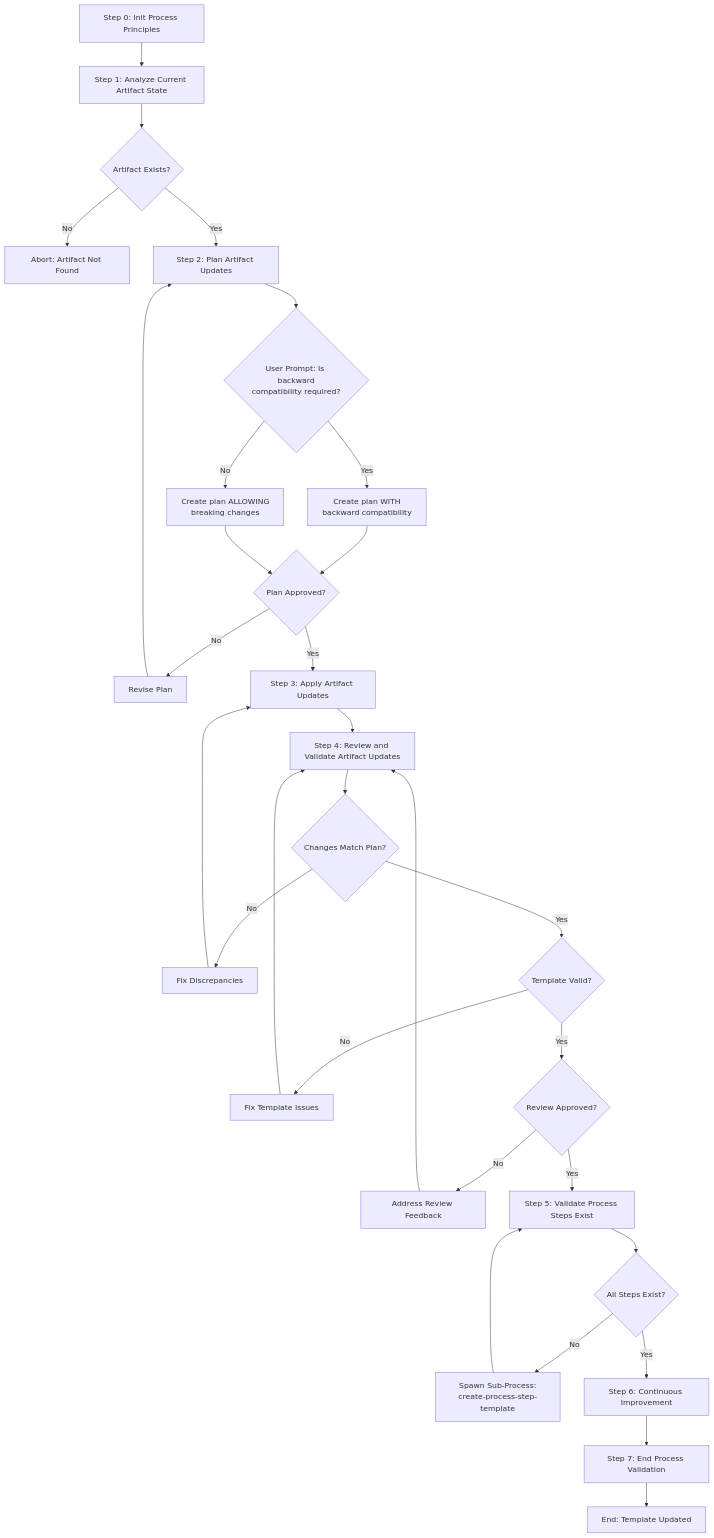
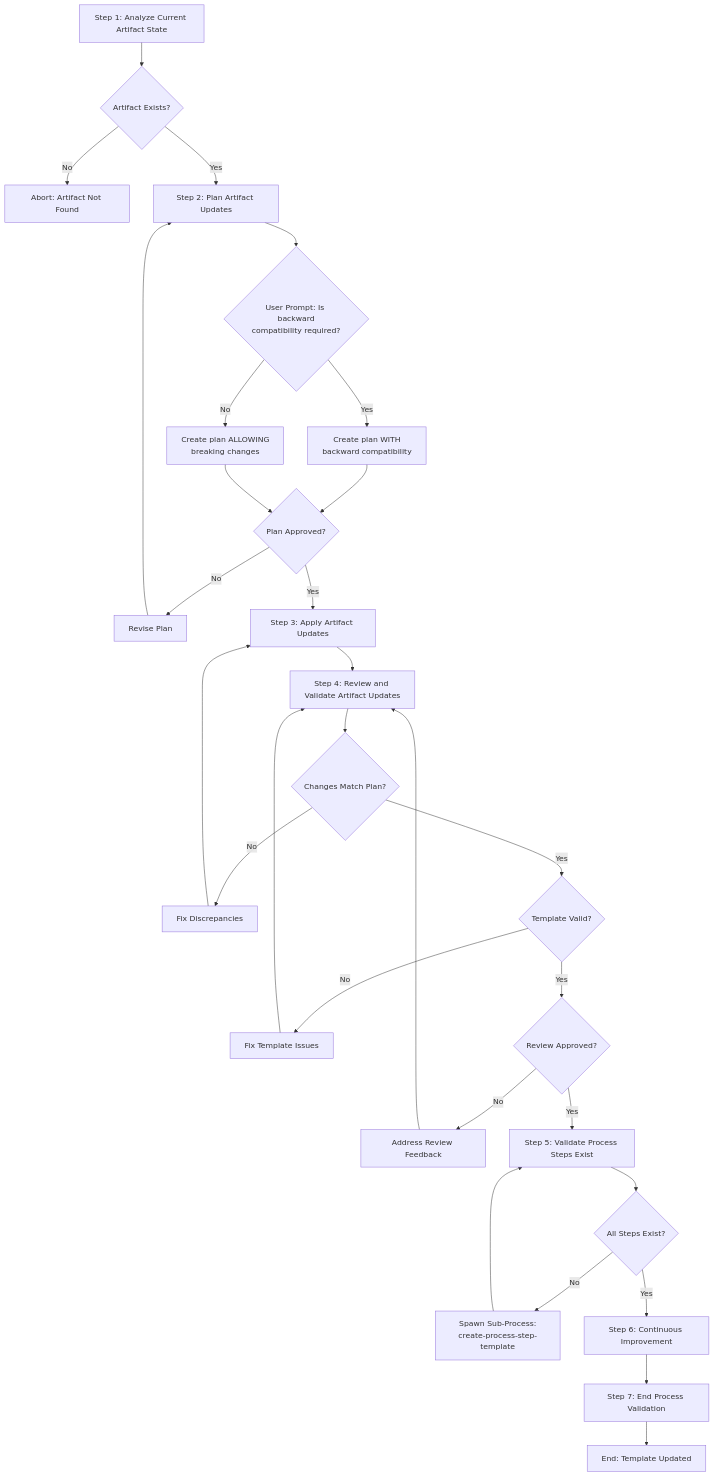
Before and after one commit to HMTools/agentic-processes-templates: the diagram in templates/processes/infrastructure/update-process-template/update-process-template.md, drawn with Mermaid. The commit also changed other lines of this file and 64 other files, not shown here.

First line of the commit message:
refactor: Remove explicit process and step principle initialization

````diff
--- a/templates/processes/infrastructure/update-process-template/update-process-template.md
+++ b/templates/processes/infrastructure/update-process-template/update-process-template.md
@@ -42,32 +42,31 @@
 ```mermaid
 flowchart TD
-    A[Step 0: Init Process Principles] --> B[Step 1: Analyze Current Artifact State]
-    B --> C{Artifact Exists?}
+    A[Step 1: Analyze Current Artifact State] --> C{Artifact Exists?}
     C -->|No| D[Abort: Artifact Not Found]
     C -->|Yes| E[Step 2: Plan Artifact Updates]
     E --> F{User Prompt: Is backward<br/>compatibility required?}
     F -->|Yes| G[Create plan WITH<br/>backward compatibility]
     F -->|No| H[Create plan ALLOWING<br/>breaking changes]
     G --> I{Plan Approved?}
     H --> I
     I -->|No| J[Revise Plan]
     J --> E
     I -->|Yes| K[Step 3: Apply Artifact Updates]
     K --> L[Step 4: Review and Validate Artifact Updates]
     L --> M{Changes Match Plan?}
     M -->|No| N[Fix Discrepancies]
     N --> K
     M -->|Yes| O{Template Valid?}
     O -->|No| P[Fix Template Issues]
     P --> L
     O -->|Yes| Q{Review Approved?}
     Q -->|No| R[Address Review Feedback]
     R --> L
     Q -->|Yes| S[Step 5: Validate Process Steps Exist]
     S --> T{All Steps Exist?}
     T -->|No| U[Spawn Sub-Process:<br/>create-process-step-template]
     U --> S
     T -->|Yes| V[Step 6: Continuous Improvement]
     V --> W[Step 7: End Process Validation]
     W --> X[End: Template Updated]
 ```
````
